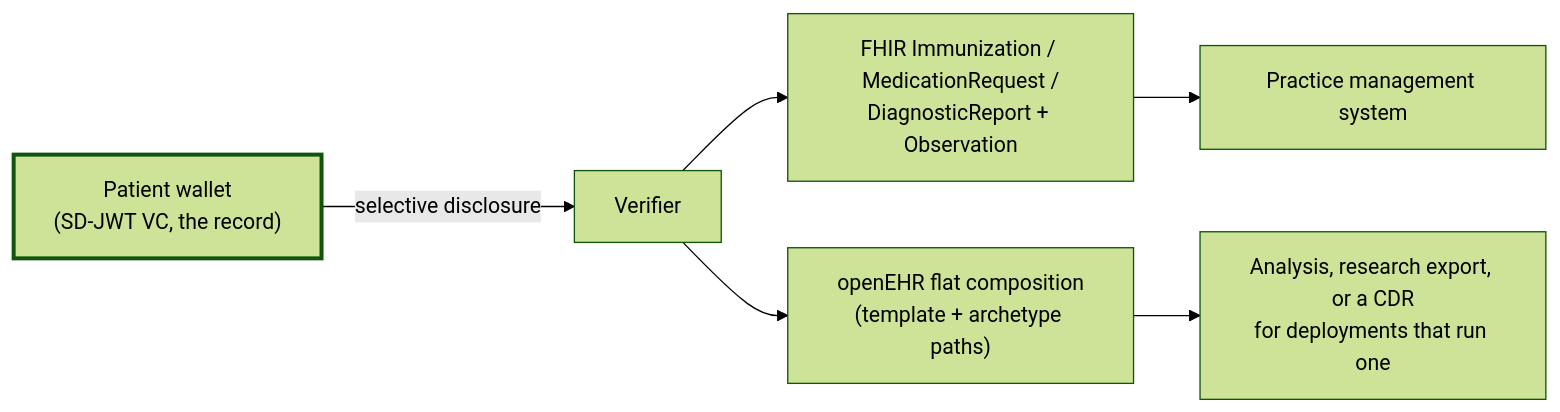
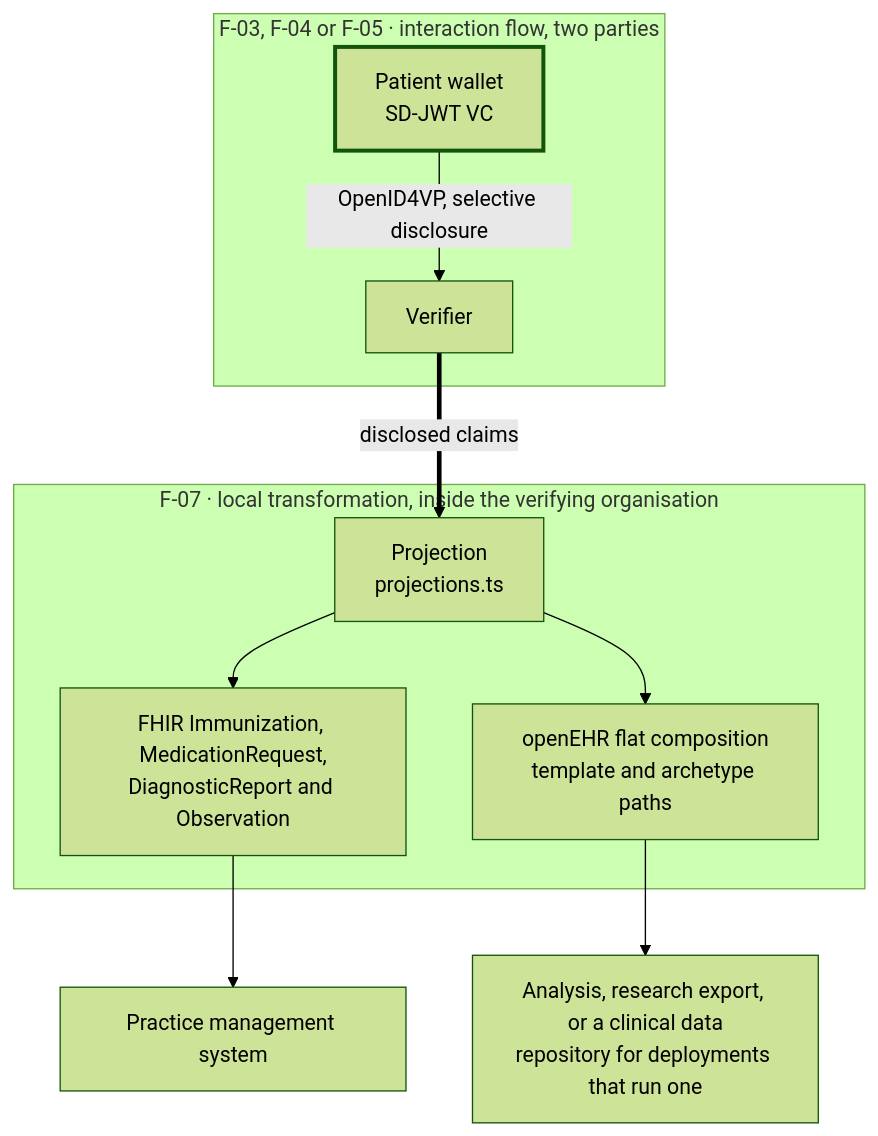
Before and after one commit to Accelerate-GmbH/digital-health-swiyu-vaccination: the diagram in flows/F-07-model-projection.md, drawn with Mermaid (forest theme). The commit also changed other lines of this file and 16 other files, not shown here.

````diff
--- a/flows/F-07-model-projection.md
+++ b/flows/F-07-model-projection.md
@@ -48,9 +78,14 @@
 ```mermaid
-flowchart LR
-    W["Patient wallet<br/>(SD-JWT VC, the record)"] -->|selective disclosure| V["Verifier"]
-    V --> F["FHIR Immunization / MedicationRequest /<br/>DiagnosticReport + Observation"]
-    V --> O["openEHR flat composition<br/>(template + archetype paths)"]
+flowchart TB
+    subgraph EX["F-03, F-04 or F-05 · interaction flow, two parties"]
+        W["Patient wallet<br/>SD-JWT VC"] -->|"OpenID4VP, selective disclosure"| V["Verifier"]
+    end
+    V ==>|"disclosed claims"| P
+    subgraph LOC["F-07 · local transformation, inside the verifying organisation"]
+        P["Projection<br/>projections.ts"] --> F["FHIR Immunization, MedicationRequest,<br/>DiagnosticReport and Observation"]
+        P --> O["openEHR flat composition<br/>template and archetype paths"]
+    end
     F --> S1["Practice management system"]
-    O --> S2["Analysis, research export, or a CDR<br/>for deployments that run one"]
+    O --> S2["Analysis, research export, or a clinical data<br/>repository for deployments that run one"]
     style W stroke-width:3px
 ```
````
